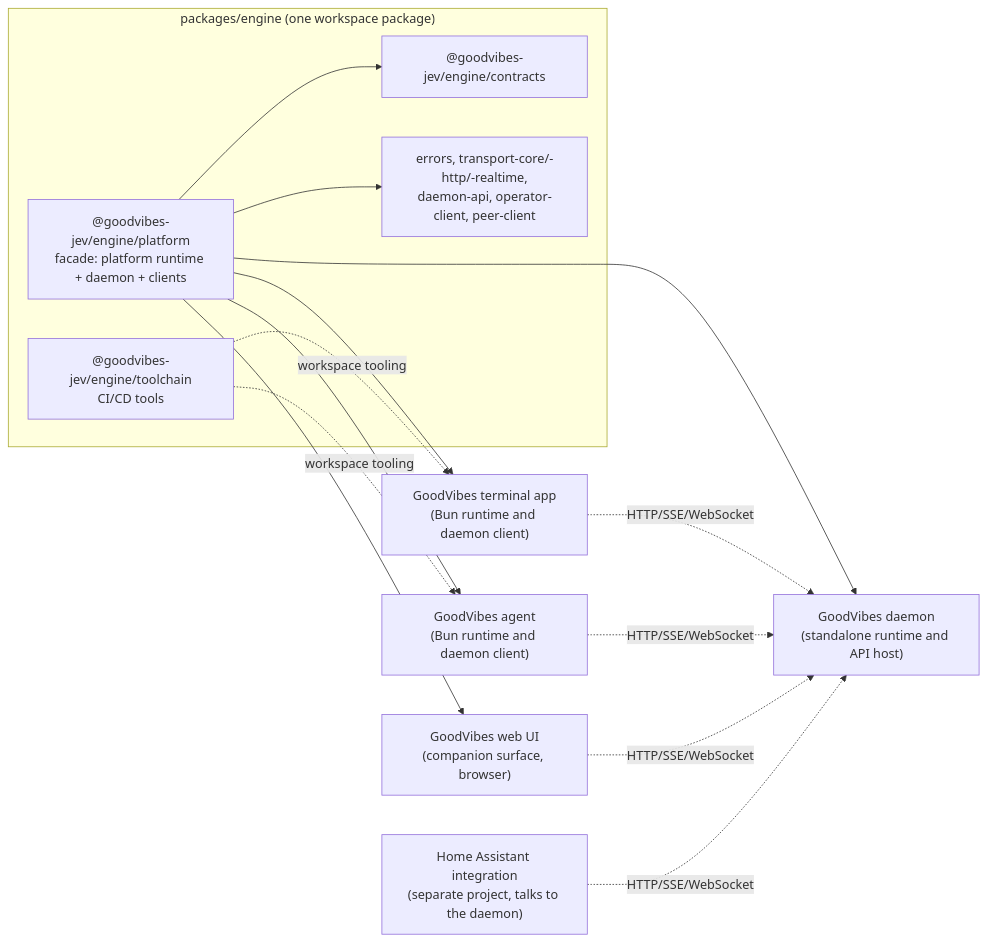
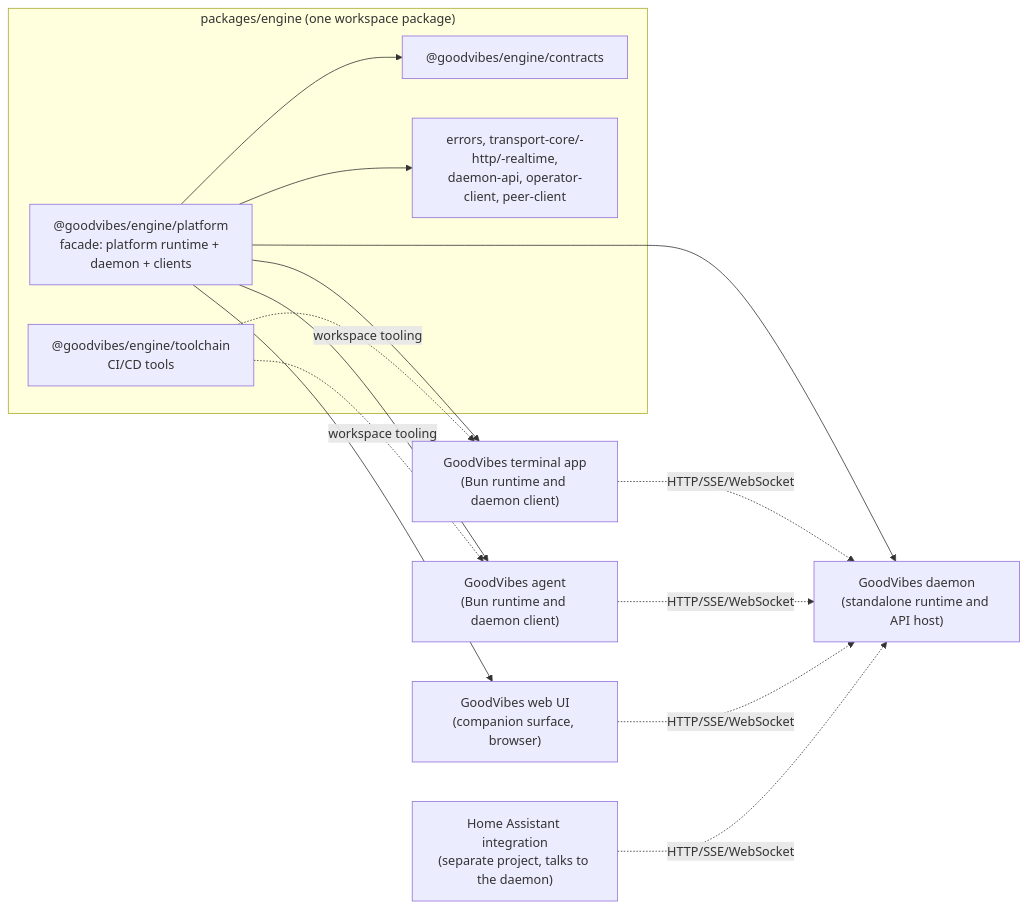
The diagram in packages/engine/README.md (mgd34msu/goodvibes), drawn with Mermaid before and after one commit. The commit also changed other lines of this file and 3147 other files, not shown here.

````diff
--- a/packages/engine/README.md
+++ b/packages/engine/README.md
@@ -18,28 +18,28 @@
 ```mermaid
 flowchart LR
     subgraph pkg["packages/engine (one workspace package)"]
-        platform["@goodvibes-jev/engine/platform<br/>facade: platform runtime + daemon + clients"]
-        contracts["@goodvibes-jev/engine/contracts"]
+        platform["@goodvibes/engine/platform<br/>facade: platform runtime + daemon + clients"]
+        contracts["@goodvibes/engine/contracts"]
         siblings["errors, transport-core/-http/-realtime,<br/>daemon-api, operator-client, peer-client"]
-        toolchain["@goodvibes-jev/engine/toolchain<br/>CI/CD tools"]
+        toolchain["@goodvibes/engine/toolchain<br/>CI/CD tools"]
     end
     platform --> contracts
     platform --> siblings
 
     tui["GoodVibes terminal app<br/>(Bun runtime and daemon client)"]
     agent["GoodVibes agent<br/>(Bun runtime and daemon client)"]
     daemon["GoodVibes daemon<br/>(standalone runtime and API host)"]
     webui["GoodVibes web UI<br/>(companion surface, browser)"]
     ha["Home Assistant integration<br/>(separate project, talks to the daemon)"]
 
     platform --> tui
     platform --> agent
     platform --> daemon
     platform --> webui
     tui -. HTTP/SSE/WebSocket .-> daemon
     agent -. HTTP/SSE/WebSocket .-> daemon
     webui -. HTTP/SSE/WebSocket .-> daemon
     ha -. HTTP/SSE/WebSocket .-> daemon
     toolchain -. workspace tooling .-> tui
     toolchain -. workspace tooling .-> agent
 ```
````
